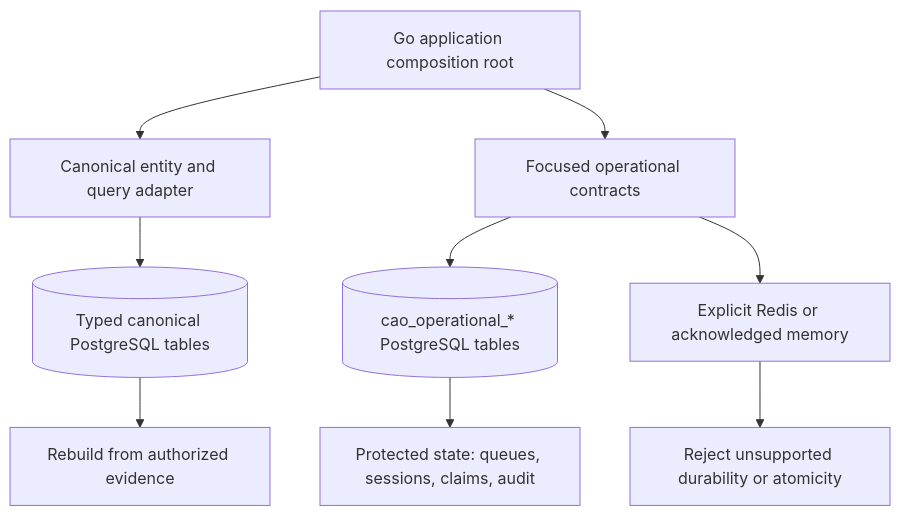
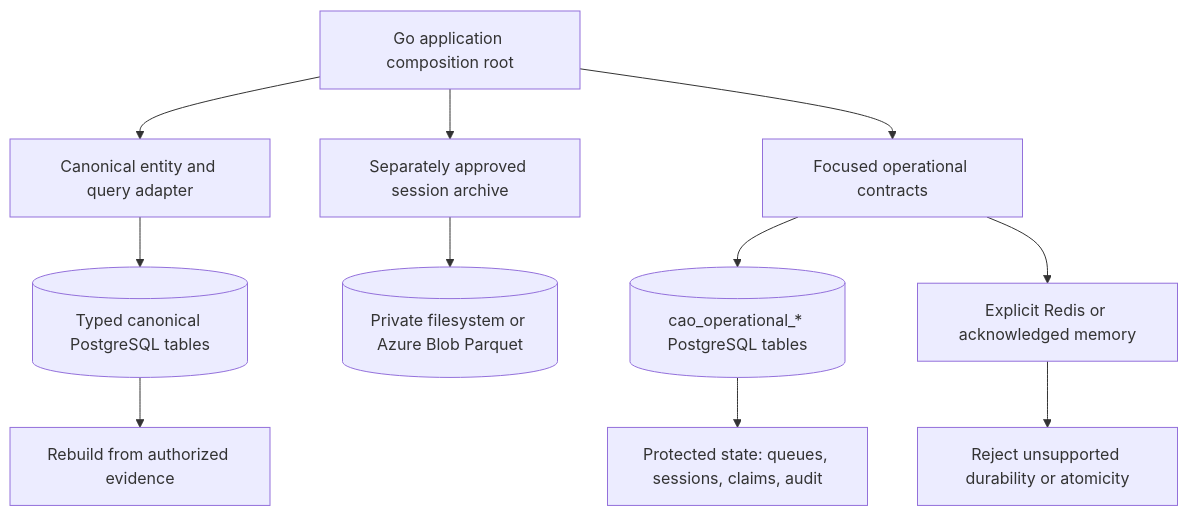
Before and after one commit to githubnext/gh-cao: the seventh of 15 diagrams in docs/dashboard-data-architecture.md, drawn with Mermaid. The commit also changed other lines of this file and 3 other files, not shown here.

First line of the commit message:
docs: represent session lake and Azure data service mapping

````diff
--- a/docs/dashboard-data-architecture.md
+++ b/docs/dashboard-data-architecture.md
@@ -226,13 +234,15 @@
 ```mermaid
 flowchart TB
   accTitle: Storage ownership and durability boundaries
-  accDescr: Canonical analytical storage is rebuildable. Focused operational services protect sessions, queues, claims, quotas and audit history. Redis or acknowledged memory are explicit capability-limited alternatives, not analytical stores.
+  accDescr: Canonical analytical storage is rebuildable. Focused operational services protect queues, OAuth sessions, claims, quotas and audit history. A separate approved session archive owns private Parquet evidence, not PostgreSQL content or dashboard queries.
   Go["Go application composition root"] --> Analytical["Canonical entity and query adapter"]
   Analytical --> Entities[("Typed canonical PostgreSQL tables")]
   Go --> Services["Focused operational contracts"]
+  Go --> Archive["Separately approved session archive"]
+  Archive --> Parquet[("Private filesystem or Azure Blob Parquet")]
   Services --> Durable[("cao_operational_* PostgreSQL tables")]
   Services --> Alternative["Explicit Redis or acknowledged memory"]
   Entities --> Rebuild["Rebuild from authorized evidence"]
   Durable --> Protected["Protected state: queues, sessions, claims, audit"]
   Alternative --> Capability["Reject unsupported durability or atomicity"]
 ```
````
